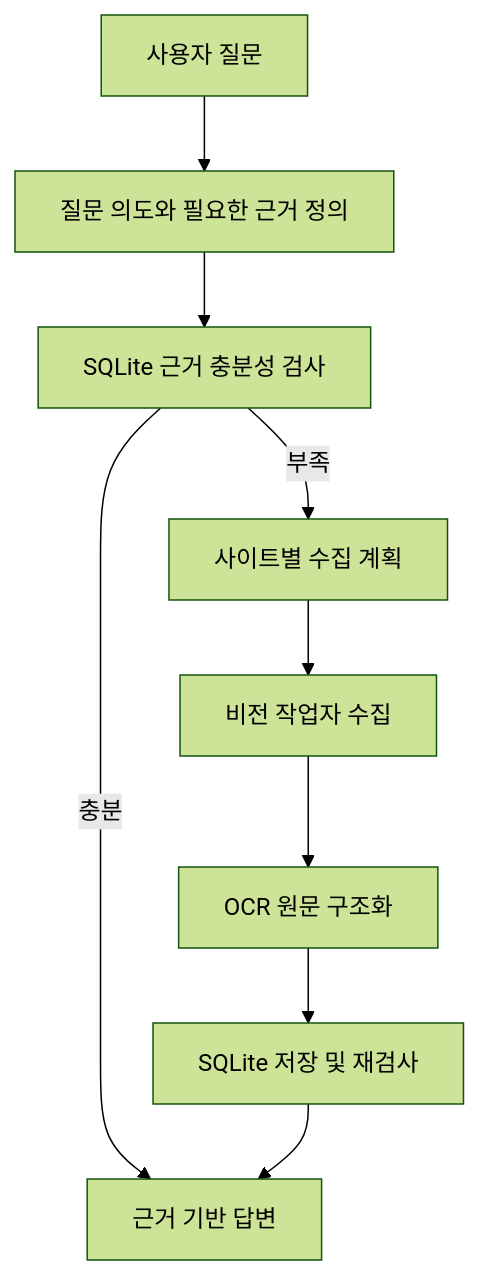
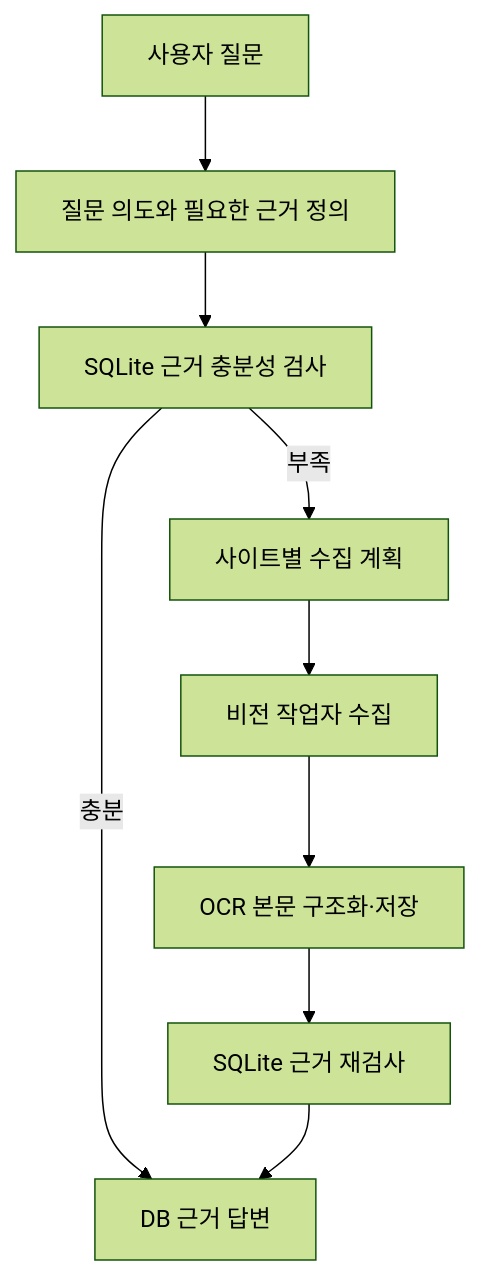
Before and after one commit to Dreamtreeme/L2C: the first of 2 diagrams in README.md, drawn with Mermaid (forest theme). The commit also changed other lines of this file and 8 other files, not shown here.

````diff
--- a/README.md
+++ b/README.md
@@ -62,11 +67,11 @@
 ```mermaid
 flowchart TD
     A["사용자 질문"] --> B["질문 의도와 필요한 근거 정의"]
     B --> C["SQLite 근거 충분성 검사"]
-    C -->|"충분"| H["근거 기반 답변"]
+    C -->|"충분"| H["DB 근거 답변"]
     C -->|"부족"| D["사이트별 수집 계획"]
     D --> E["비전 작업자 수집"]
-    E --> F["OCR 원문 구조화"]
-    F --> G["SQLite 저장 및 재검사"]
+    E --> F["OCR 본문 구조화·저장"]
+    F --> G["SQLite 근거 재검사"]
     G --> H
 ```
````
